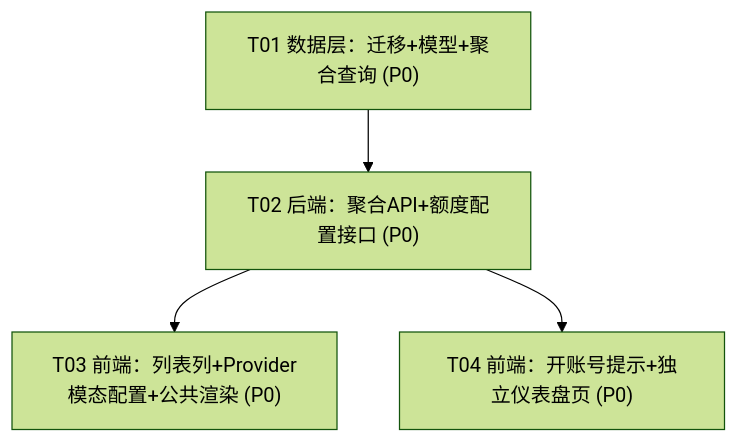
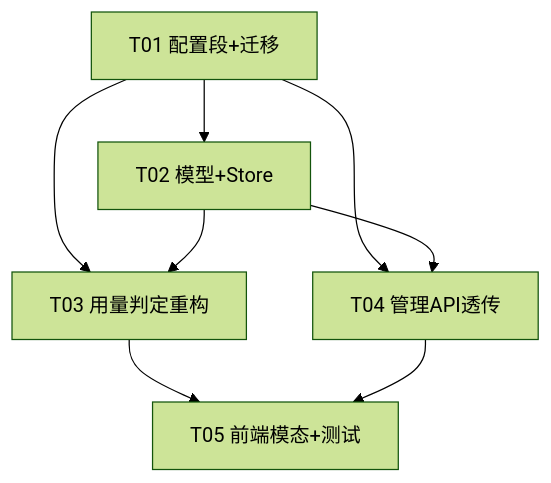
One commit to 16499259-oss/shimiaocheng-llm changed the diagram in docs/system_design.md. Above: the diagram before and after it, drawn with Mermaid (forest theme). The commit also changed other lines of this file and 21 other files, not shown here.

````diff
--- a/docs/system_design.md
+++ b/docs/system_design.md
@@ -290,10 +348,10 @@
 ```mermaid
 graph TD
-    T01["T01 数据层：迁移+模型+聚合查询 (P0)"]
-    T02["T02 后端：聚合API+额度配置接口 (P0)"]
-    T03["T03 前端：列表列+Provider模态配置+公共渲染 (P0)"]
-    T04["T04 前端：开账号提示+独立仪表盘页 (P0)"]
-    T01 --> T02
+    T01[T01 配置段+迁移] --> T02[T02 模型+Store]
+    T01 --> T03[T03 用量判定重构]
     T02 --> T03
+    T01 --> T04[T04 管理API透传]
     T02 --> T04
+    T03 --> T05[T05 前端模态+测试]
+    T04 --> T05
 ```
````
